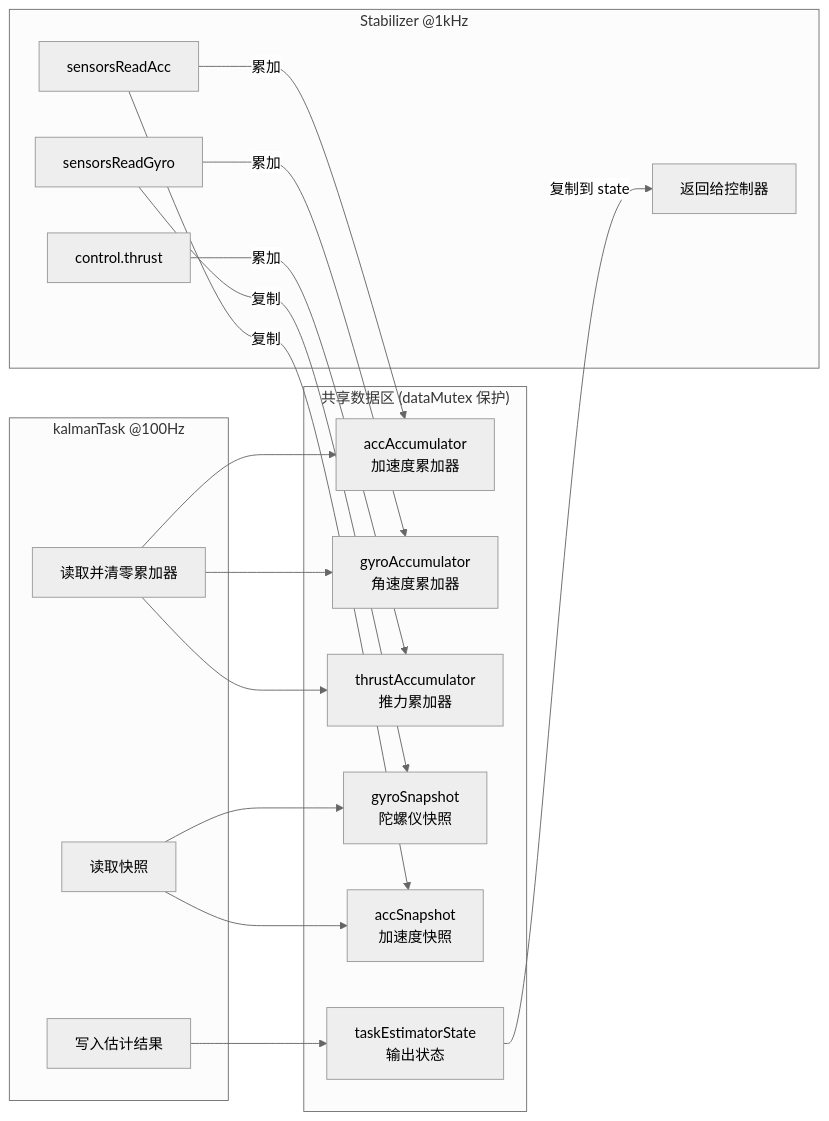
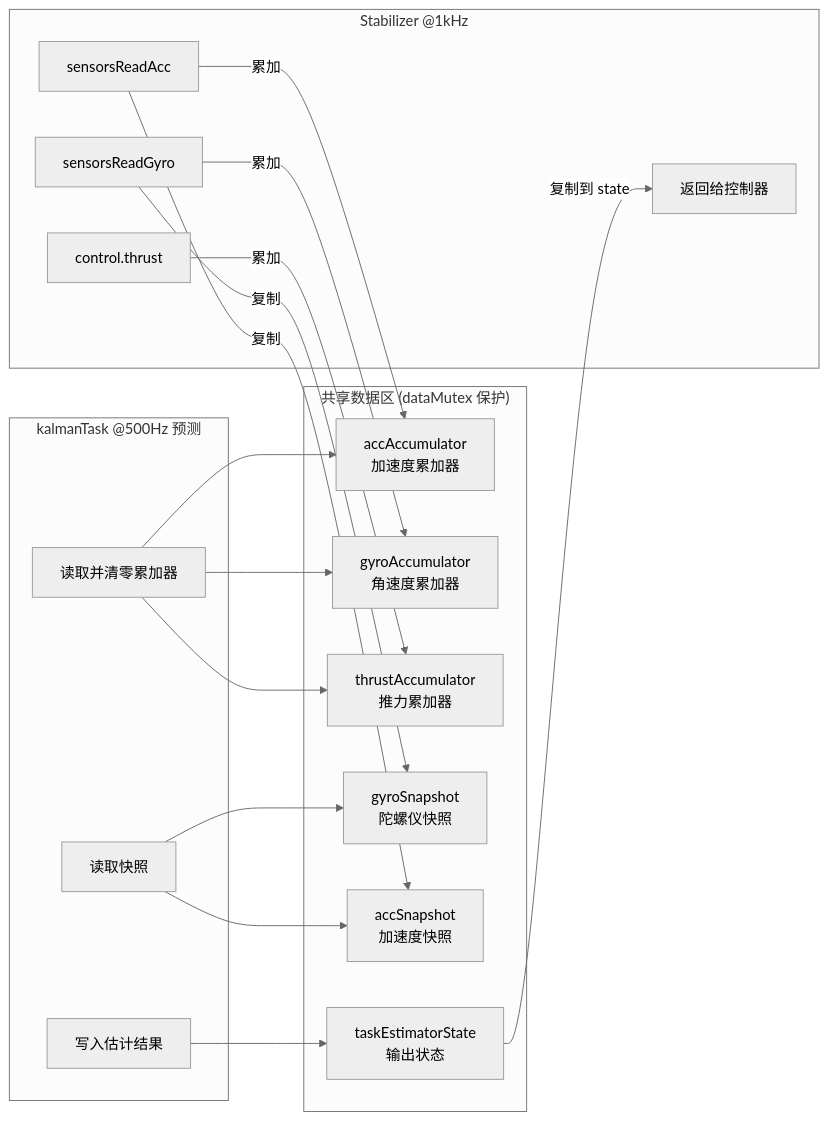
The sixth of 7 diagrams in 文档/无人机控制流程.md (starliliko/diy-drone-powered-by-esp32s3), drawn with Mermaid (neutral theme) before and after one commit. The commit also changed other lines of this file and 21 other files, not shown here.

````diff
--- a/文档/无人机控制流程.md
+++ b/文档/无人机控制流程.md
@@ -275,29 +280,29 @@
 ```mermaid
 flowchart LR
     subgraph 共享数据["共享数据区 (dataMutex 保护)"]
         ACC[accAccumulator<br/>加速度累加器]
         GYRO[gyroAccumulator<br/>角速度累加器]
         THR[thrustAccumulator<br/>推力累加器]
         SNAP_G[gyroSnapshot<br/>陀螺仪快照]
         SNAP_A[accSnapshot<br/>加速度快照]
         STATE[taskEstimatorState<br/>输出状态]
     end
 
     subgraph Stabilizer["Stabilizer @1kHz"]
         S1[sensorsReadAcc] -->|累加| ACC
         S2[sensorsReadGyro] -->|累加| GYRO
         S3[control.thrust] -->|累加| THR
         S1 -->|复制| SNAP_A
         S2 -->|复制| SNAP_G
         STATE -->|复制到 state| S4[返回给控制器]
     end
 
-    subgraph KalmanTask["kalmanTask @100Hz"]
+    subgraph KalmanTask["kalmanTask @500Hz 预测"]
         K1[读取并清零累加器] --> ACC
         K1 --> GYRO
         K1 --> THR
         K2[读取快照] --> SNAP_G
         K2 --> SNAP_A
         K3[写入估计结果] --> STATE
     end
 ```
````
